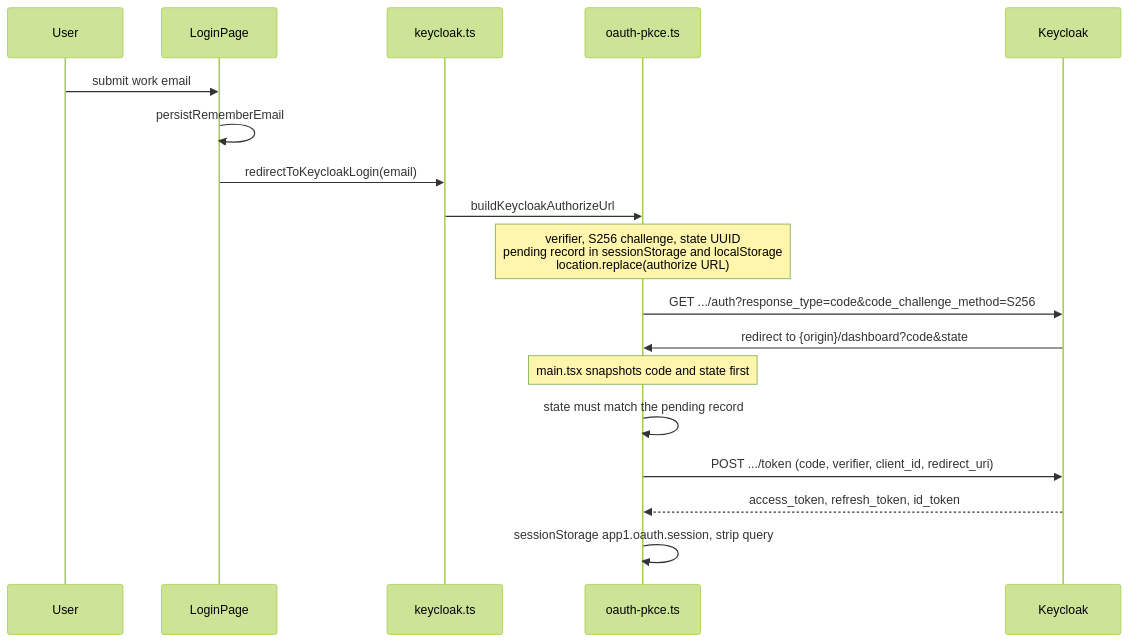
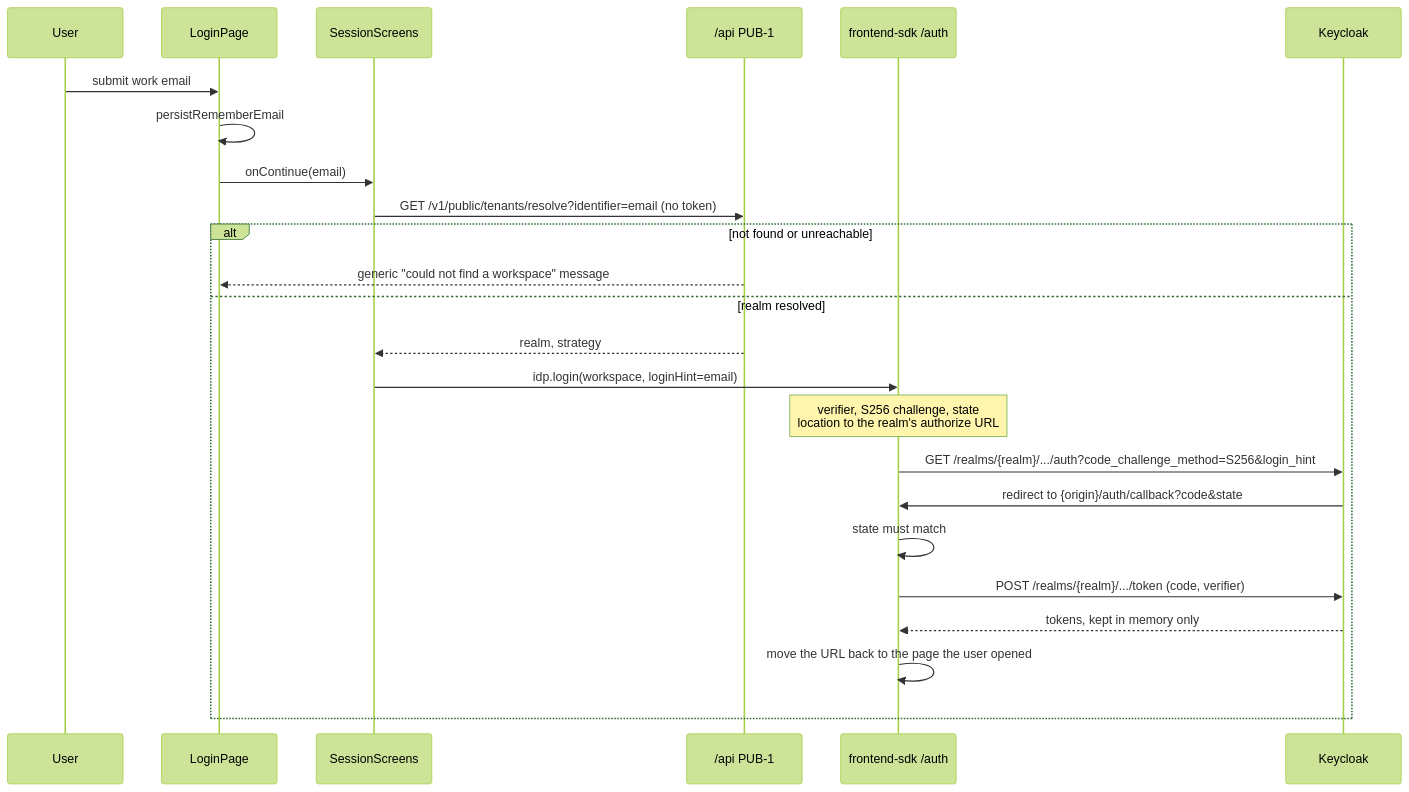
The fourth of 5 diagrams in ARCHITECTURE.md (BCBP-SOLUTIONS-FZC-LLC/web-shell), drawn with Mermaid (forest theme) before and after one commit. The commit also changed other lines of this file and 112 other files, not shown here.

First line of the commit message:
Move the shell to the platform SDK 1.0.0-alpha.2 on Rsbuild. (#16)

````diff
--- a/ARCHITECTURE.md
+++ b/ARCHITECTURE.md
@@ -189,23 +227,27 @@
 ```mermaid
 sequenceDiagram
     participant User
     participant Login as LoginPage
-    participant Facade as keycloak.ts
-    participant PKCE as oauth-pkce.ts
+    participant Screens as SessionScreens
+    participant IAM as /api PUB-1
+    participant SDK as frontend-sdk /auth
     participant KC as Keycloak
 
     User->>Login: submit work email
     Login->>Login: persistRememberEmail
-    Login->>Facade: redirectToKeycloakLogin(email)
-    Facade->>PKCE: buildKeycloakAuthorizeUrl
-    Note over PKCE: verifier, S256 challenge, state UUID<br/>pending record in sessionStorage and localStorage<br/>location.replace(authorize URL)
-
-    PKCE->>KC: GET .../auth?response_type=code&code_challenge_method=S256
-    KC->>PKCE: redirect to {origin}/dashboard?code&state
-    Note over PKCE: main.tsx snapshots code and state first
-
-    PKCE->>PKCE: state must match the pending record
-    PKCE->>KC: POST .../token (code, verifier, client_id, redirect_uri)
-    KC-->>PKCE: access_token, refresh_token, id_token
-    PKCE->>PKCE: sessionStorage app1.oauth.session, strip query
+    Login->>Screens: onContinue(email)
+    Screens->>IAM: GET /v1/public/tenants/resolve?identifier=email (no token)
+    alt not found or unreachable
+        IAM-->>Login: generic "could not find a workspace" message
+    else realm resolved
+        IAM-->>Screens: realm, strategy
+        Screens->>SDK: idp.login(workspace, loginHint=email)
+        Note over SDK: verifier, S256 challenge, state<br/>location to the realm's authorize URL
+        SDK->>KC: GET /realms/{realm}/.../auth?code_challenge_method=S256&login_hint
+        KC->>SDK: redirect to {origin}/auth/callback?code&state
+        SDK->>SDK: state must match
+        SDK->>KC: POST /realms/{realm}/.../token (code, verifier)
+        KC-->>SDK: tokens, kept in memory only
+        SDK->>SDK: move the URL back to the page the user opened
+    end
 ```
````
